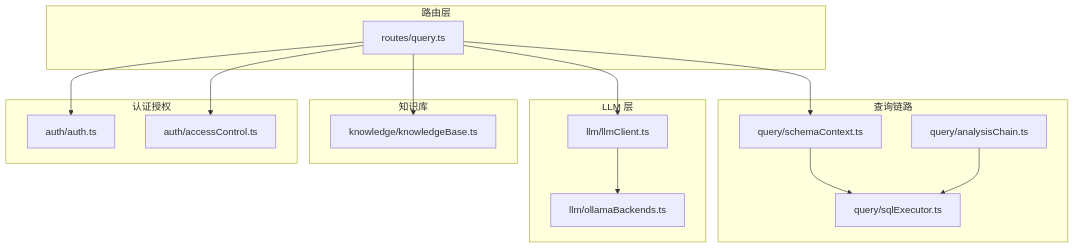
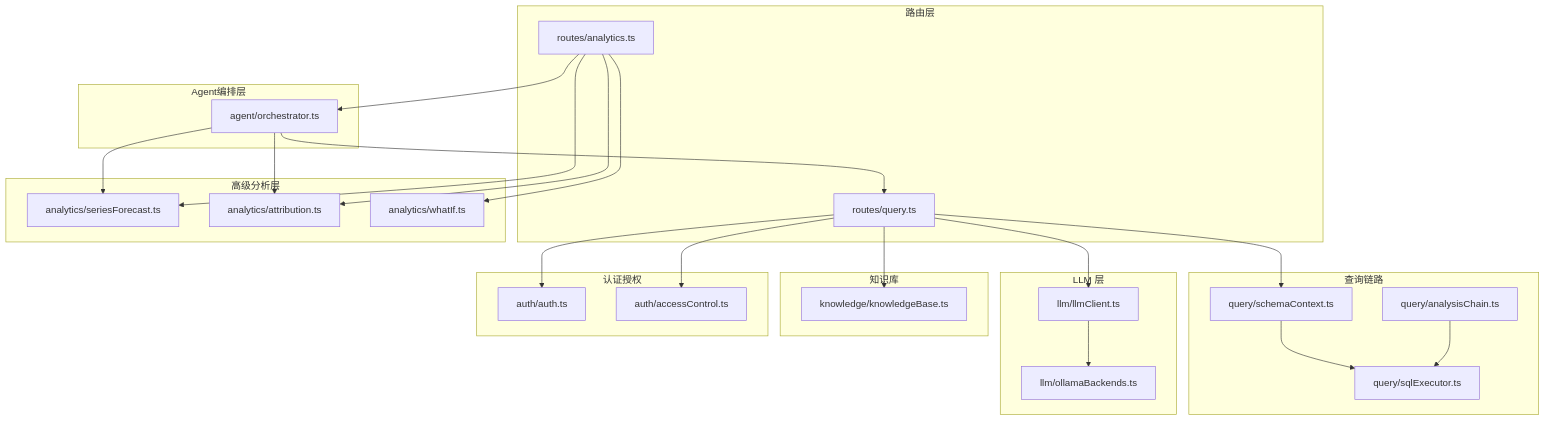
The first of 12 diagrams in .qoder/repowiki/zh/content/系统架构/核心组件详解/核心组件详解.md (dgjin/smart-data-analytics), drawn with Mermaid before and after one commit. The commit also changed other lines of this file and 141 other files, not shown here.

````diff
--- a/.qoder/repowiki/zh/content/系统架构/核心组件详解/核心组件详解.md
+++ b/.qoder/repowiki/zh/content/系统架构/核心组件详解/核心组件详解.md
@@ -44,30 +60,46 @@
 ```mermaid
 graph TB
 subgraph "路由层"
 Q["routes/query.ts"]
+A["routes/analytics.ts"]
 end
 subgraph "查询链路"
 SC["query/schemaContext.ts"]
 SE["query/sqlExecutor.ts"]
 AC["query/analysisChain.ts"]
+end
+subgraph "高级分析层"
+SF["analytics/seriesForecast.ts"]
+AT["analytics/attribution.ts"]
+WI["analytics/whatIf.ts"]
+end
+subgraph "Agent编排层"
+OR["agent/orchestrator.ts"]
 end
 subgraph "LLM 层"
 LC["llm/llmClient.ts"]
 OB["llm/ollamaBackends.ts"]
 end
 subgraph "知识库"
 KB["knowledge/knowledgeBase.ts"]
 end
 subgraph "认证授权"
 AU["auth/auth.ts"]
 ACL["auth/accessControl.ts"]
 end
 Q --> SC
 Q --> LC
 Q --> KB
 Q --> AU
 Q --> ACL
+A --> SF
+A --> AT
+A --> WI
+A --> OR
+OR --> SF
+OR --> AT
+OR --> Q
 SC --> SE
 AC --> SE
 LC --> OB
 ```
````
